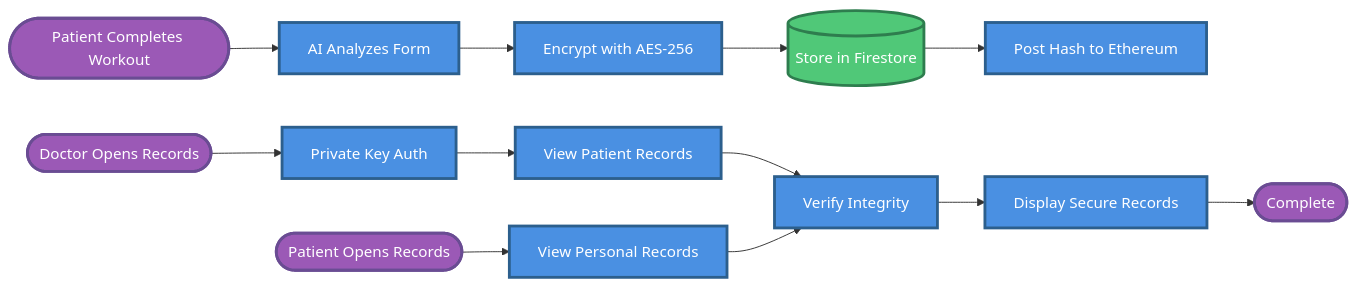
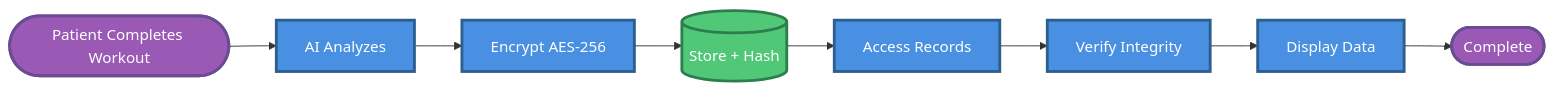
The diagram in BLOCKCHAIN_FLOWCHART_SIMPLE.md (majidsafwaan2/gymguard), drawn with Mermaid before and after one commit. The commit also changed other lines of this file, not shown here.

Commit message:
Final simplified flowchart - 8 elements, horizontal format

````diff
--- a/BLOCKCHAIN_FLOWCHART_SIMPLE.md
+++ b/BLOCKCHAIN_FLOWCHART_SIMPLE.md
@@ -3,26 +3,19 @@
 ```mermaid
 flowchart LR
-    Start([Patient Completes Workout]) --> AI[AI Analyzes Form]
-    AI --> Encrypt[Encrypt with AES-256]
-    Encrypt --> Store[(Store in Firestore)]
-    Store --> BC[Post Hash to Ethereum]
-    
-    Start2([Doctor Opens Records]) --> Auth[Private Key Auth]
-    Auth --> View1[View Patient Records]
-    
-    Start3([Patient Opens Records]) --> View2[View Personal Records]
-    
-    View1 --> Verify[Verify Integrity]
-    View2 --> Verify
-    Verify --> Show[Display Secure Records]
+    Start([Patient Completes Workout]) --> AI[AI Analyzes]
+    AI --> Encrypt[Encrypt AES-256]
+    Encrypt --> Store[(Store + Hash)]
+    Store --> Access[Access Records]
+    Access --> Verify[Verify Integrity]
+    Verify --> Show[Display Data]
     Show --> End([Complete])
     
     %% Styling
     classDef main fill:#4A90E2,stroke:#2C5F8D,stroke-width:3px,color:#fff
     classDef store fill:#50C878,stroke:#2E7D4E,stroke-width:3px,color:#fff
     classDef start fill:#9B59B6,stroke:#6A4C93,stroke-width:3px,color:#fff
     
-    class AI,Encrypt,BC,Auth,View1,View2,Verify,Show main
+    class AI,Encrypt,Access,Verify,Show main
     class Store store
-    class Start,Start2,Start3,End start
+    class Start,End start
 ```
````
